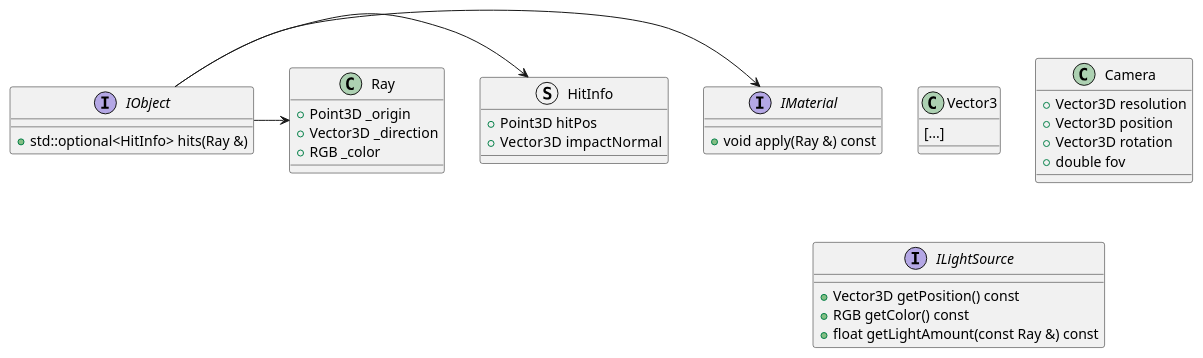
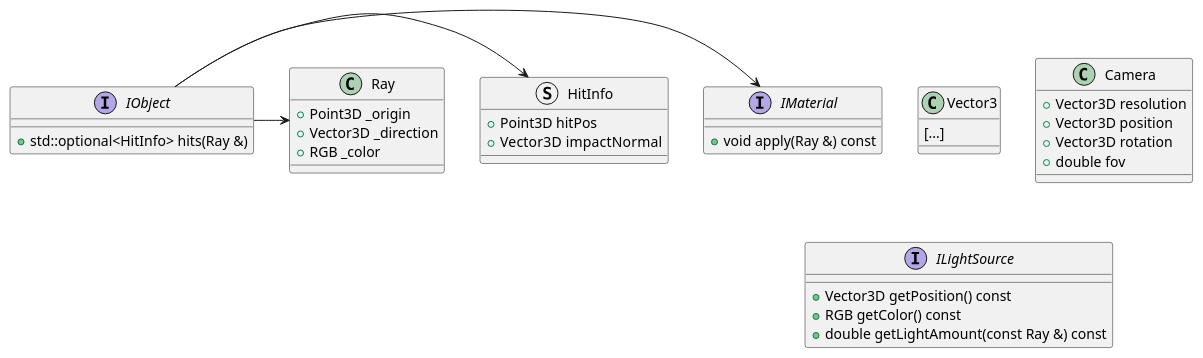
One commit to pierrick-simon/Raytracer changed the diagram in docs/architecture.md. Above: the diagram before and after it, drawn with PlantUML. The commit also changed other lines of this file and 16 other files, not shown here.

````diff
--- a/docs/architecture.md
+++ b/docs/architecture.md
@@ -2,44 +1,44 @@
 ```plantuml
 @startuml
 
 class Vector3 {
     [...]
 }
 
 class Ray {
   + Point3D _origin
   + Vector3D _direction
   + RGB _color
 }
 
 class Camera {
     + Vector3D resolution
     + Vector3D position
     + Vector3D rotation
     + double fov
 }
 
 struct HitInfo {
     + Point3D hitPos
     + Vector3D  impactNormal
 }
 
 interface IObject {
   + std::optional<HitInfo> hits(Ray &)
 }
 
 interface ILightSource {
     + Vector3D getPosition() const
     + RGB getColor() const
-    + float getLightAmount(const Ray &) const
+    + double getLightAmount(const Ray &) const
 }
 
 interface IMaterial {
     + void apply(Ray &) const
 }
 
 IObject -> IMaterial
 IObject -> HitInfo
 IObject -> Ray
 @enduml
 ```
````
